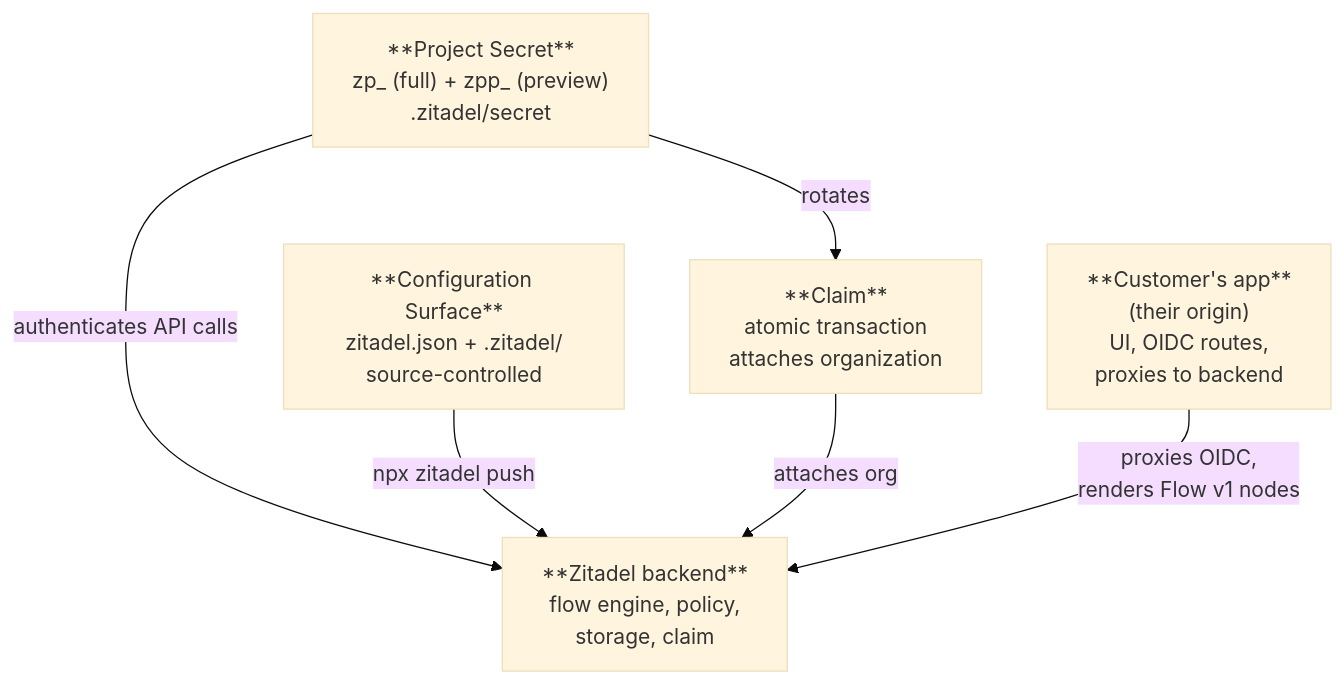
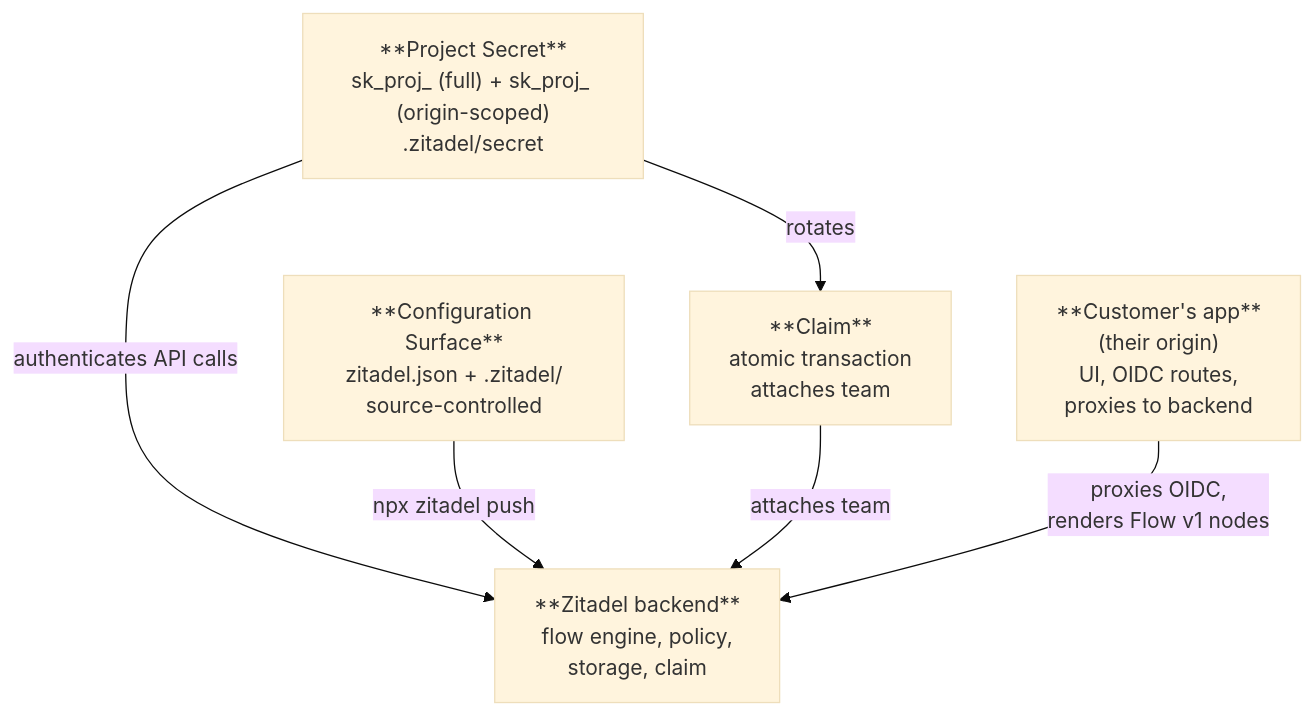
One commit to zitadel/nextgen changed the diagram in docs/design/platform/README.md. Above: the diagram before and after it, drawn with Mermaid (base theme). The commit also changed other lines of this file and 25 other files, not shown here.

````diff
--- a/docs/design/platform/README.md
+++ b/docs/design/platform/README.md
@@ -58,14 +58,14 @@
 ```mermaid
 graph TD
-    Secret["**Project Secret**<br>zp_ (full) + zpp_ (preview)<br>.zitadel/secret"]
+    Secret["**Project Secret**<br>sk_proj_ (full) + sk_proj_ (origin-scoped)<br>.zitadel/secret"]
     Config["**Configuration Surface**<br>zitadel.json + .zitadel/<br>source-controlled"]
-    Claim["**Claim**<br>atomic transaction<br>attaches organization"]
+    Claim["**Claim**<br>atomic transaction<br>attaches team"]
     CustomerApp["**Customer's app**<br>(their origin)<br>UI, OIDC routes,<br>proxies to backend"]
     Backend["**Zitadel backend**<br>flow engine, policy,<br>storage, claim"]
 
     Secret -- "authenticates API calls" --> Backend
     Config -- "npx zitadel push" --> Backend
     Secret -- "rotates" --> Claim
-    Claim -- "attaches org" --> Backend
+    Claim -- "attaches team" --> Backend
     CustomerApp -- "proxies OIDC,<br>renders Flow v1 nodes" --> Backend
 ```
````
